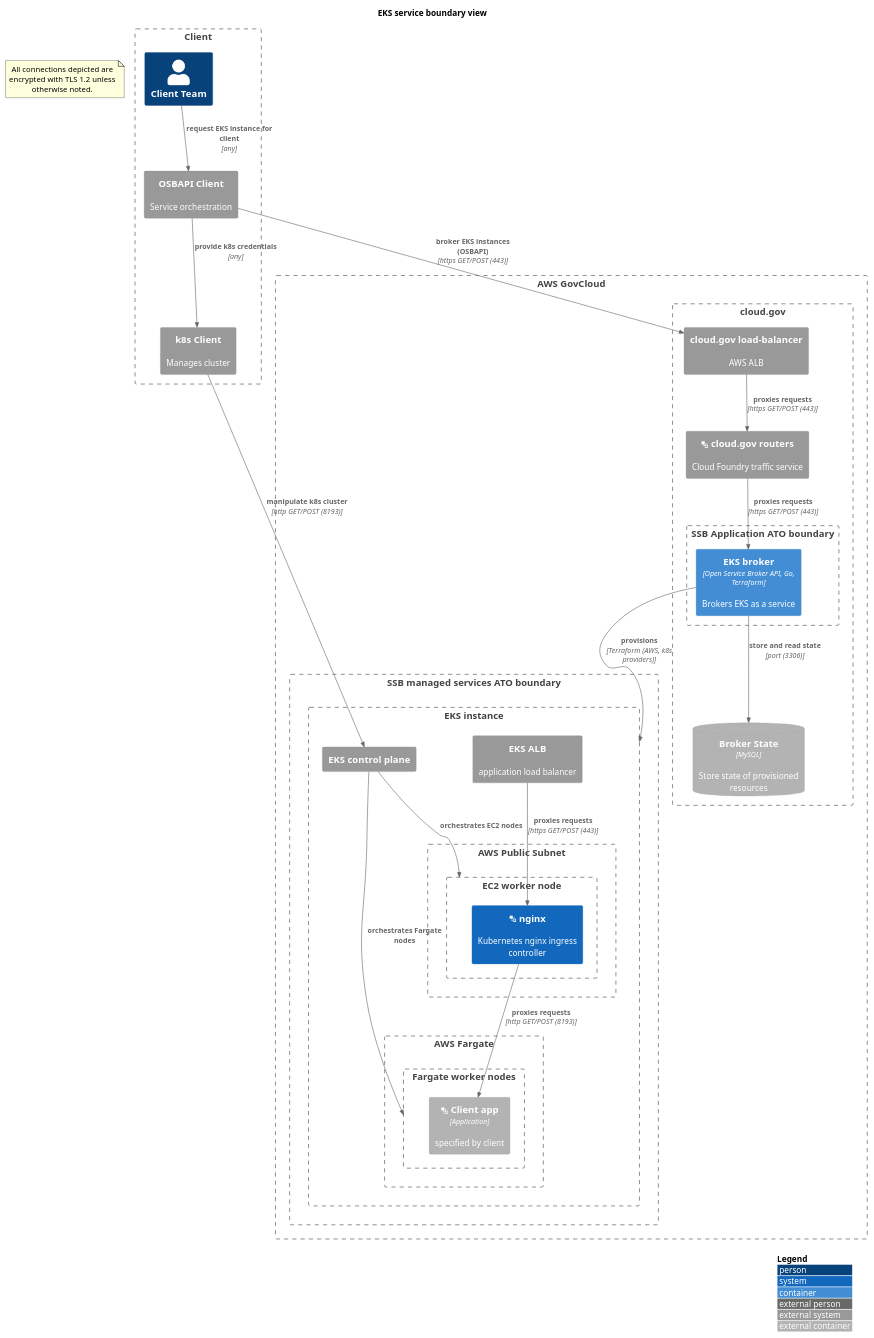
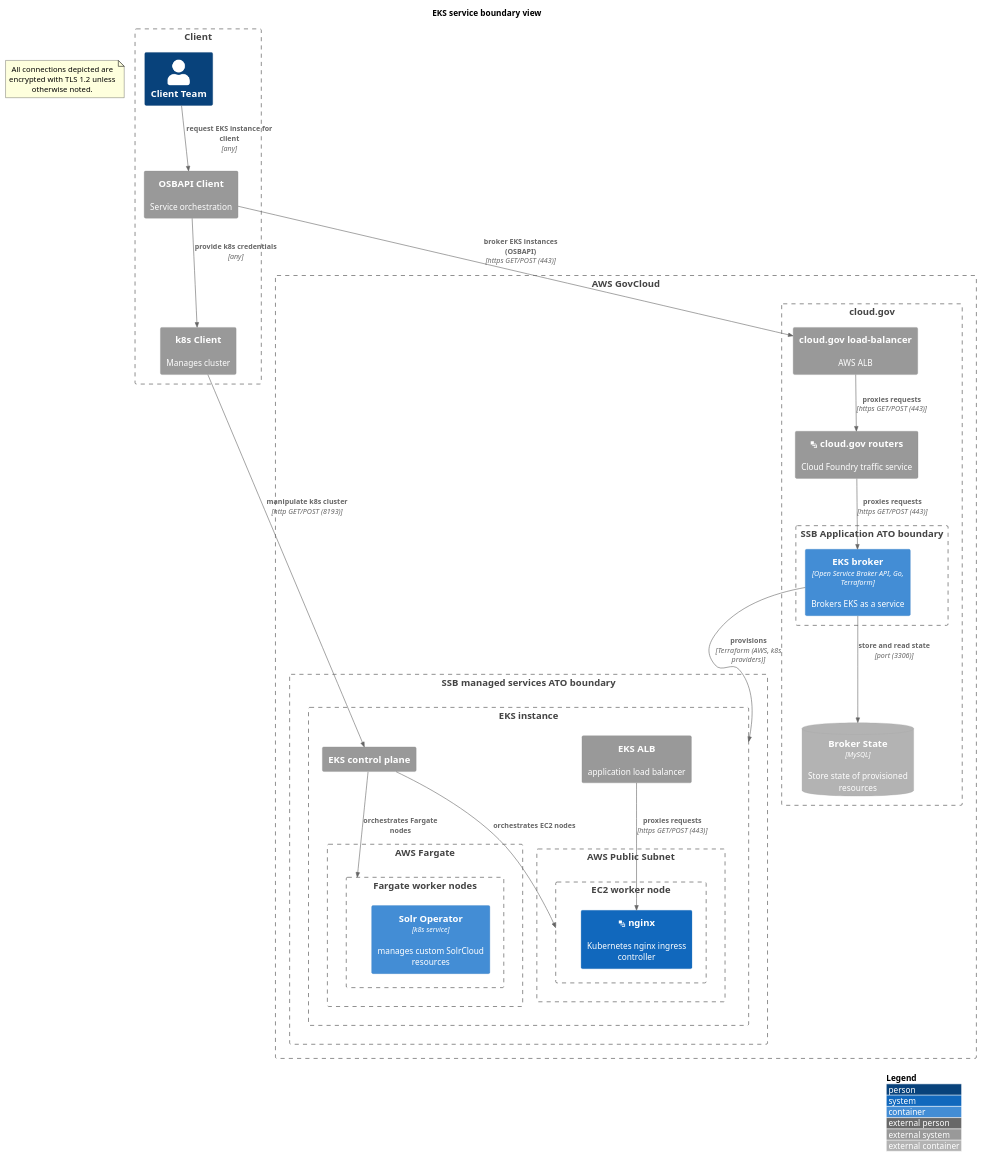
Before and after one commit to GSA/datagov-compliance: the second of 3 diagrams in solr-service-scratchpad.md, drawn with PlantUML. The commit also changed other lines of this file, not shown here.

First line of the commit message:
Strip Solr service down to the k8s level of abstraction

````diff
--- a/solr-service-scratchpad.md
+++ b/solr-service-scratchpad.md
@@ -25,56 +25,55 @@
 ```plantuml
 @startuml
 !include https://raw.githubusercontent.com/plantuml-stdlib/C4-PlantUML/master/C4_Container.puml
 ' uncomment the following line and comment the first to use locally
 ' !include C4_Container.puml
 LAYOUT_WITH_LEGEND()
 title EKS service boundary view
 Boundary(client, "Client") {
   Person(client_team, "Client Team")
   System_Ext(osbapi_client, "OSBAPI Client", "Service orchestration")
   System_Ext(k8s_client, "k8s Client", "Manages cluster")
   Rel(osbapi_client, k8s_client, "provide k8s credentials", "any")
   Rel(client_team, osbapi_client, "request EKS instance for client", "any")
 }
 note as EncryptionNote
   All connections depicted are encrypted with TLS 1.2 unless otherwise noted.
 end note
 
 Boundary(aws, "AWS GovCloud") {
     Boundary(iaas, "SSB managed services ATO boundary") {
       Boundary(eks_instance, "EKS instance") {
         System_Ext(aws_eks_alb, "EKS ALB", "application load balancer")
         System_Ext(aws_eks, "EKS control plane")
         Boundary(aws_fargate, "AWS Fargate") {
           Boundary(fargate_node, "Fargate worker nodes") {
-            Container_Ext(client_app, "<&layers> Client app", "Application", "specified by client")
+            Container(solr_operator, "Solr Operator", "k8s service", "manages custom SolrCloud resources")
           }
         }
         Boundary(aws_public_subnet, "AWS Public Subnet") {
           Boundary(worker_node, "EC2 worker node") {
             System(sys_eks_nginx_ingress, "<&layers> nginx", "Kubernetes nginx ingress controller")    
           }
         }
       }
     }
     Boundary(cloudgov, "cloud.gov") {
         System_Ext(aws_cg_alb, "cloud.gov load-balancer", "AWS ALB")
         System_Ext(cloudgov_router, "<&layers> cloud.gov routers", "Cloud Foundry traffic service")
 	Boundary(atob, "SSB Application ATO boundary") {
 	  Container(eks_app, "EKS broker", "Open Service Broker API, Go, Terraform", "Brokers EKS as a service")
         }
 	ContainerDb_Ext(eks_app_db, "Broker State", "MySQL", "Store state of provisioned resources")
     }
 }
 Rel(eks_app, eks_instance, "provisions", "Terraform (AWS, k8s providers)")
 Rel(osbapi_client, aws_cg_alb, "broker EKS instances (OSBAPI)", "https GET/POST (443)")
 Rel(aws_cg_alb, cloudgov_router, "proxies requests", "https GET/POST (443)")
 Rel(cloudgov_router, eks_app, "proxies requests", "https GET/POST (443)")
 Rel(eks_app, eks_app_db, "store and read state", "port (3306)")
 Rel(k8s_client, aws_eks, "manipulate k8s cluster", "http GET/POST (8193)")
 Rel(aws_eks, fargate_node, "orchestrates Fargate nodes")
 Rel(aws_eks, worker_node, "orchestrates EC2 nodes")
 Rel(aws_eks_alb, sys_eks_nginx_ingress, "proxies requests", "https GET/POST (443)")
-Rel(sys_eks_nginx_ingress, client_app, "proxies requests", "http GET/POST (8193)")
 @enduml
 ```
````
